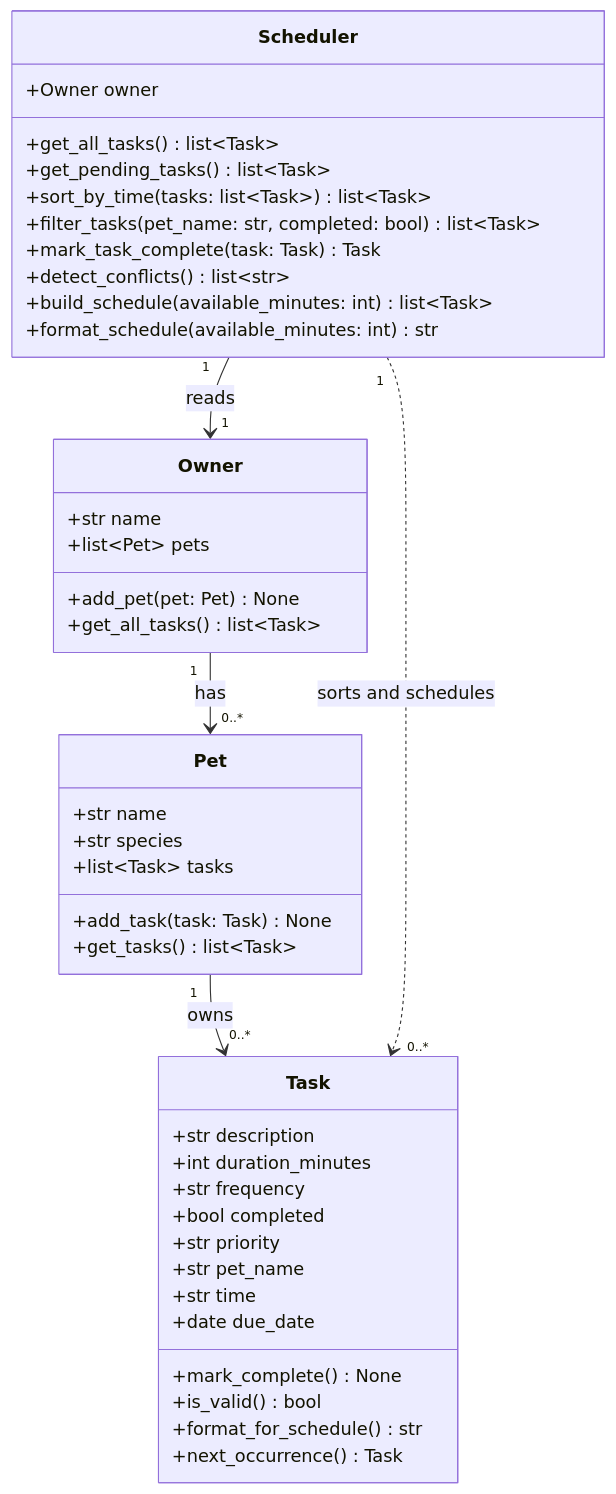
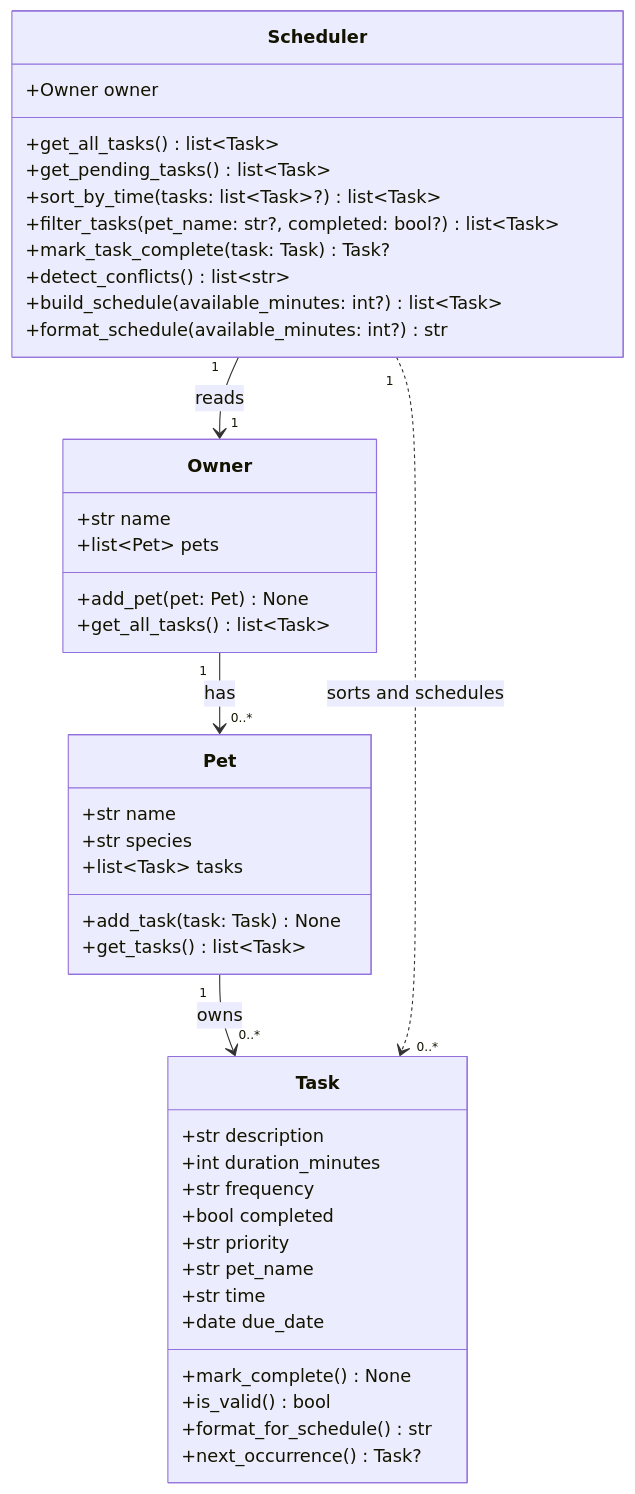
Before and after one commit to nnplinggg/ai110-module2show-pawpal-starter: the diagram in diagrams/uml_final.mmd, drawn with Mermaid. The commit also changed 3 other files, not shown here.

```diff
--- a/diagrams/uml_final.mmd
+++ b/diagrams/uml_final.mmd
@@ -1,47 +1,47 @@
 classDiagram
     class Owner {
         +str name
         +list~Pet~ pets
         +add_pet(pet: Pet) None
         +get_all_tasks() list~Task~
     }
 
     class Pet {
         +str name
         +str species
         +list~Task~ tasks
         +add_task(task: Task) None
         +get_tasks() list~Task~
     }
 
     class Task {
         +str description
         +int duration_minutes
         +str frequency
         +bool completed
         +str priority
         +str pet_name
         +str time
         +date due_date
         +mark_complete() None
         +is_valid() bool
         +format_for_schedule() str
-        +next_occurrence() Task
+        +next_occurrence() Task?
     }
 
     class Scheduler {
         +Owner owner
         +get_all_tasks() list~Task~
         +get_pending_tasks() list~Task~
-        +sort_by_time(tasks: list~Task~) list~Task~
-        +filter_tasks(pet_name: str, completed: bool) list~Task~
-        +mark_task_complete(task: Task) Task
+        +sort_by_time(tasks: list~Task~?) list~Task~
+        +filter_tasks(pet_name: str?, completed: bool?) list~Task~
+        +mark_task_complete(task: Task) Task?
         +detect_conflicts() list~str~
-        +build_schedule(available_minutes: int) list~Task~
-        +format_schedule(available_minutes: int) str
+        +build_schedule(available_minutes: int?) list~Task~
+        +format_schedule(available_minutes: int?) str
     }
 
     Owner "1" --> "0..*" Pet : has
     Pet "1" --> "0..*" Task : owns
     Scheduler "1" --> "1" Owner : reads
     Scheduler "1" ..> "0..*" Task : sorts and schedules
```
